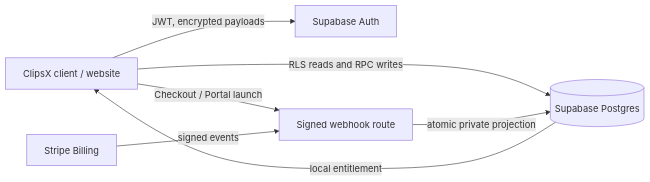
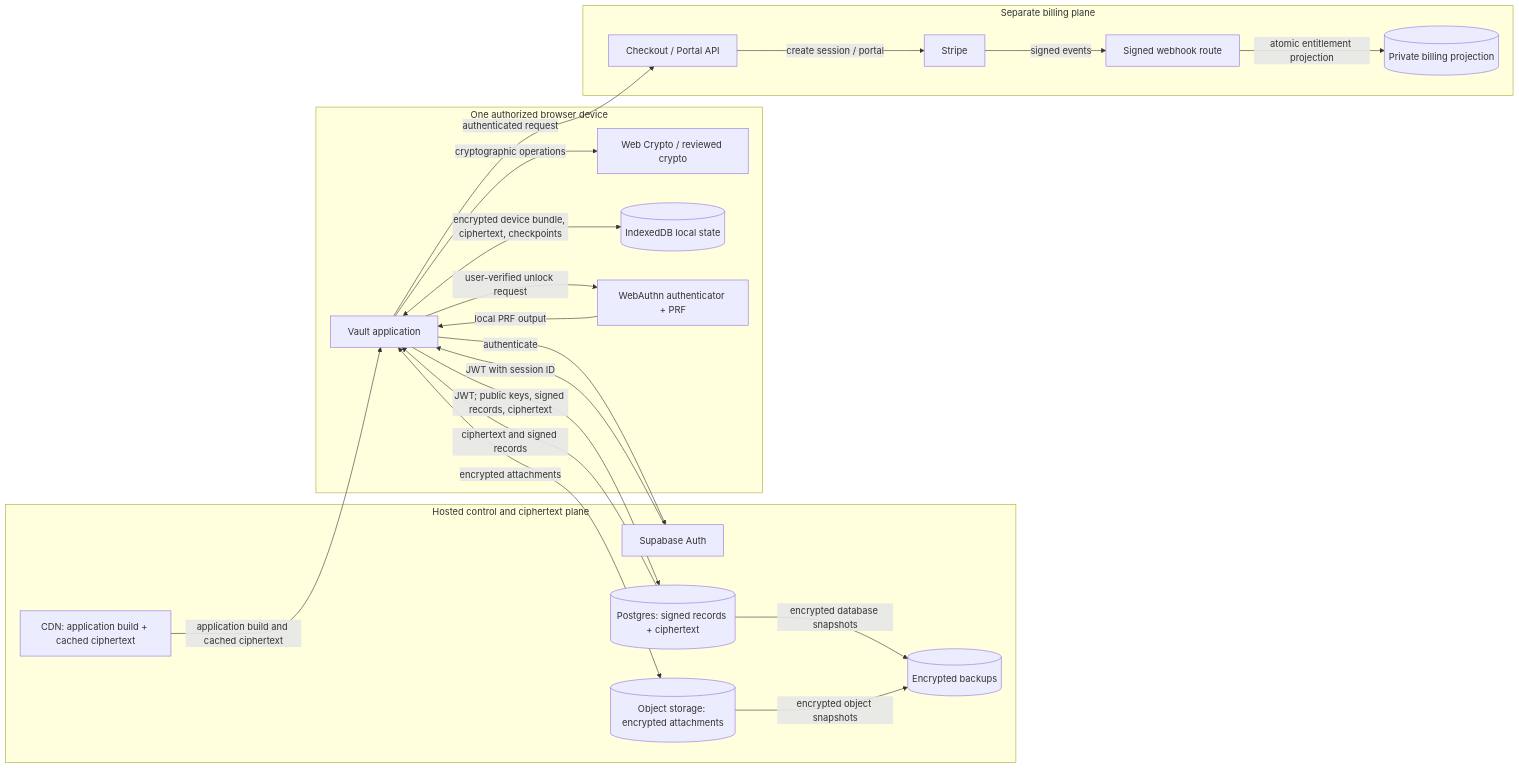
One commit to azure06/clipsx-web changed the first of 2 diagrams in docs/backend/architecture.md. Above: the diagram before and after it, drawn with Mermaid. The commit also changed other lines of this file and 2 other files, not shown here.

Commit message:
docs(vault): define encrypted vault architecture and data model

````diff
--- a/docs/backend/architecture.md
+++ b/docs/backend/architecture.md
@@ -5,14 +38,39 @@
 ```mermaid
 flowchart LR
-  Client[ClipsX client / website]
-  Auth[Supabase Auth]
-  DB[(Supabase Postgres)]
-  Stripe[Stripe Billing]
-  Webhook[Signed webhook route]
-  Client -->|JWT, encrypted payloads| Auth
-  Client -->|RLS reads and RPC writes| DB
-  Client -->|Checkout / Portal launch| Webhook
+  subgraph BrowserDevice[One authorized browser device]
+    Browser[Vault application]
+    WebCrypto[Web Crypto / reviewed crypto]
+    IndexedDB[(IndexedDB local state)]
+    WebAuthn[WebAuthn authenticator + PRF]
+    Browser -->|cryptographic operations| WebCrypto
+    Browser <-->|encrypted device bundle, ciphertext, checkpoints| IndexedDB
+    Browser -->|user-verified unlock request| WebAuthn
+    WebAuthn -->|local PRF output| Browser
+  end
+  subgraph Hosted[Hosted control and ciphertext plane]
+    Auth[Supabase Auth]
+    DB[(Postgres: signed records + ciphertext)]
+    ObjectStore[(Object storage: encrypted attachments)]
+    CDN[CDN: application build + cached ciphertext]
+    Backups[(Encrypted backups)]
+  end
+  subgraph Billing[Separate billing plane]
+    Stripe[Stripe]
+    Checkout[Checkout / Portal API]
+    Webhook[Signed webhook route]
+    Projection[(Private billing projection)]
+  end
+
+  Browser -->|authenticate| Auth
+  Auth -->|JWT with session ID| Browser
+  Browser -->|JWT; public keys, signed records, ciphertext| DB
+  DB -->|ciphertext and signed records| Browser
+  Browser <-->|encrypted attachments| ObjectStore
+  CDN -->|application build and cached ciphertext| Browser
+  DB -->|encrypted database snapshots| Backups
+  ObjectStore -->|encrypted object snapshots| Backups
+  Browser -->|authenticated request| Checkout
+  Checkout -->|create session / portal| Stripe
   Stripe -->|signed events| Webhook
-  Webhook -->|atomic private projection| DB
-  DB -->|local entitlement| Client
+  Webhook -->|atomic entitlement projection| Projection
 ```
````
